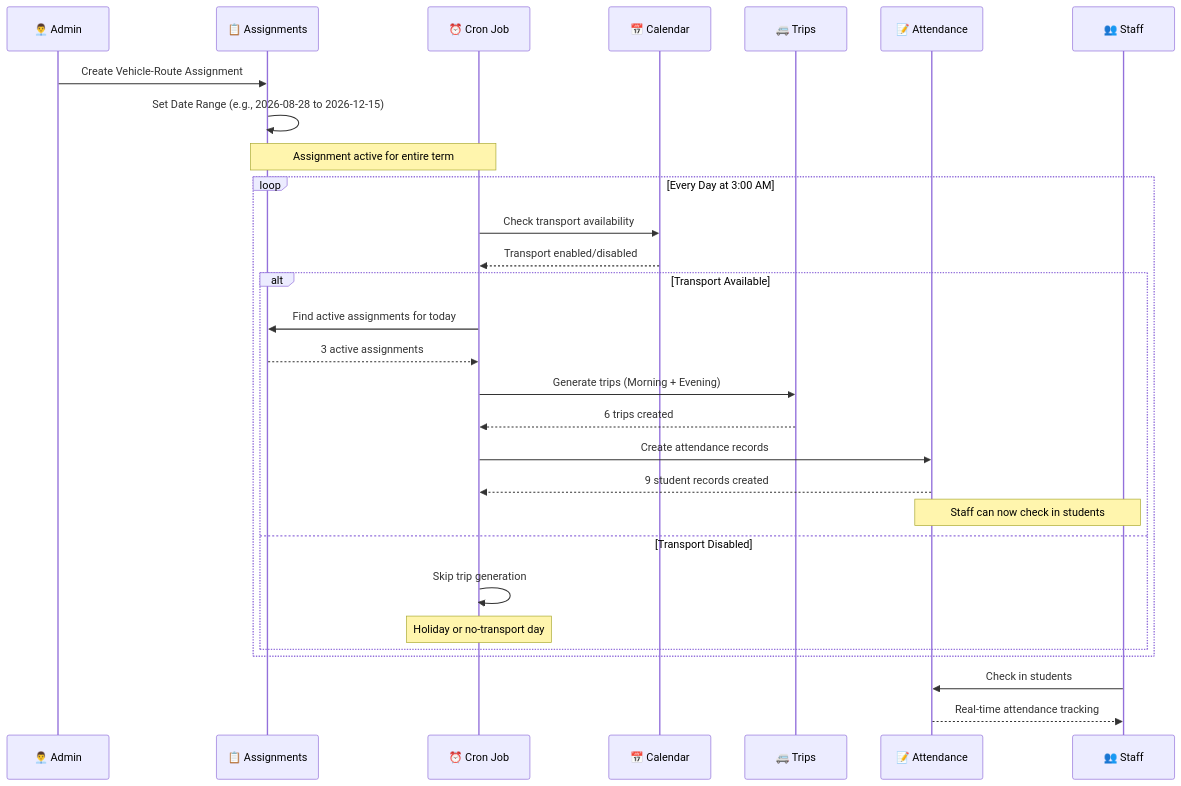
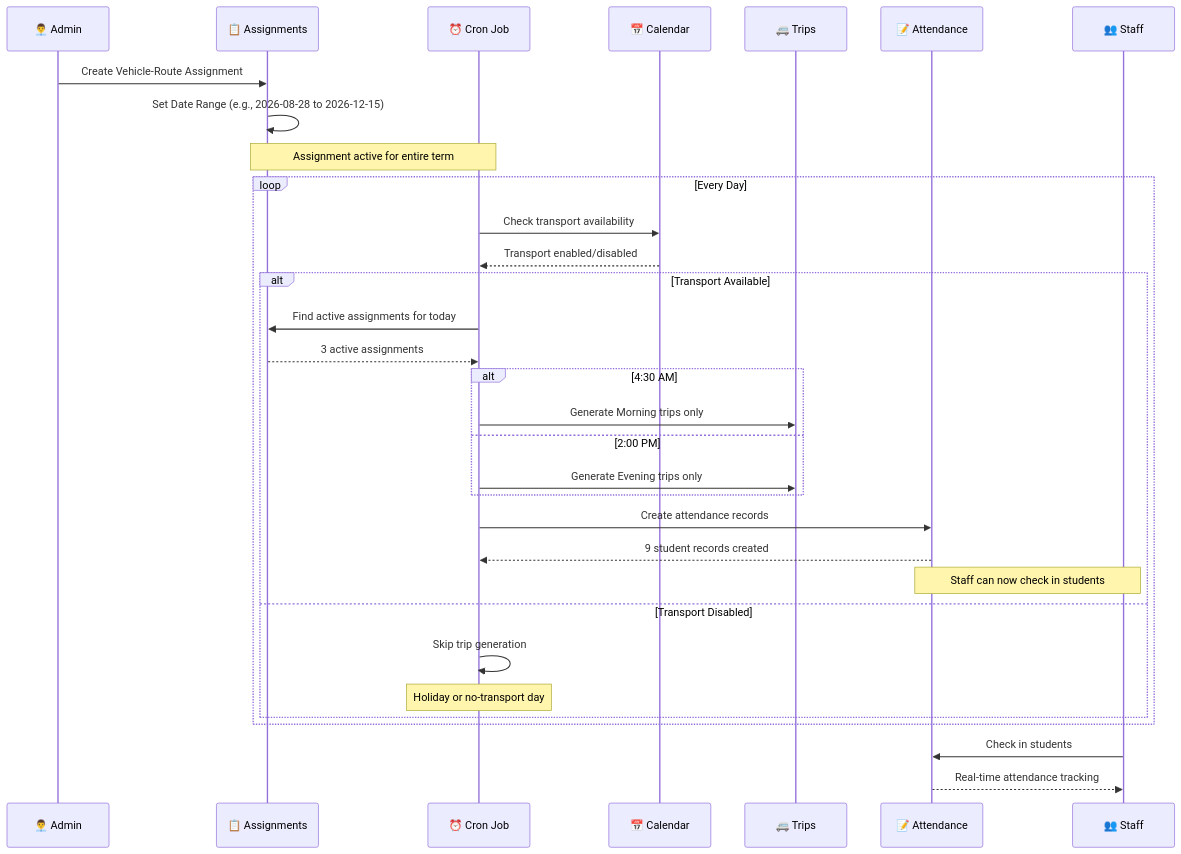
The seventh of 21 diagrams in README.md (DeCLAN-designs/Soho_Academy), drawn with Mermaid before and after one commit. The commit also changed other lines of this file and 50 other files, not shown here.

````diff
--- a/README.md
+++ b/README.md
@@ -560,34 +579,37 @@
 ```mermaid
 sequenceDiagram
     participant Admin as 👨‍💼 Admin
     participant Assign as 📋 Assignments
     participant Cron as ⏰ Cron Job
     participant Calendar as 📅 Calendar
     participant Trips as 🚐 Trips
     participant Attendance as 📝 Attendance
     participant Staff as 👥 Staff
     
     Admin->>Assign: Create Vehicle-Route Assignment
     Assign->>Assign: Set Date Range (e.g., 2026-08-28 to 2026-12-15)
     Note over Assign,Cron: Assignment active for entire term
     
-    loop Every Day at 3:00 AM
+    loop Every Day
         Cron->>Calendar: Check transport availability
         Calendar-->>Cron: Transport enabled/disabled
         alt Transport Available
             Cron->>Assign: Find active assignments for today
             Assign-->>Cron: 3 active assignments
-            Cron->>Trips: Generate trips (Morning + Evening)
-            Trips-->>Cron: 6 trips created
+            alt 4:30 AM
+              Cron->>Trips: Generate Morning trips only
+            else 2:00 PM
+              Cron->>Trips: Generate Evening trips only
+            end
             Cron->>Attendance: Create attendance records
             Attendance-->>Cron: 9 student records created
             Note over Attendance,Staff: Staff can now check in students
         else Transport Disabled
             Cron->>Cron: Skip trip generation
             Note over Cron: Holiday or no-transport day
         end
     end
     
     Staff->>Attendance: Check in students
     Attendance-->>Staff: Real-time attendance tracking
 ```
````
